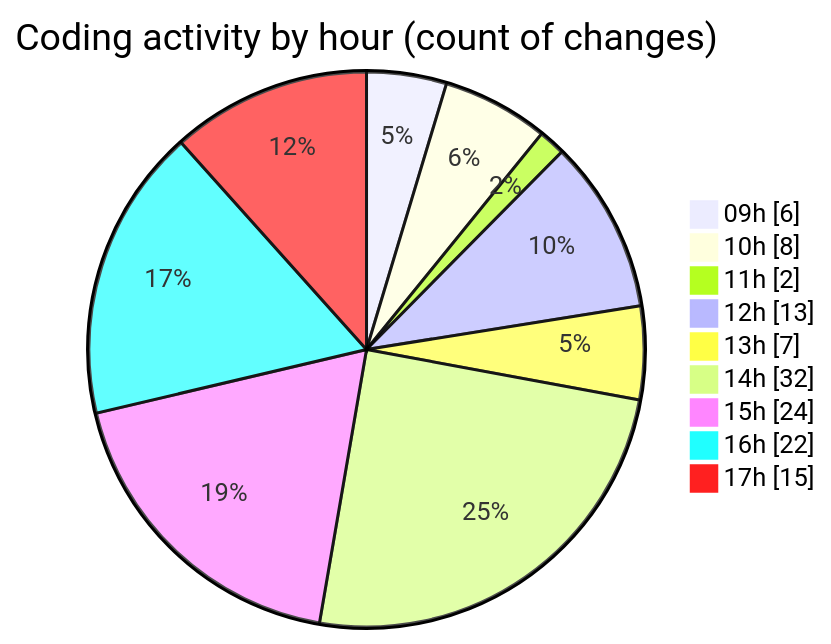
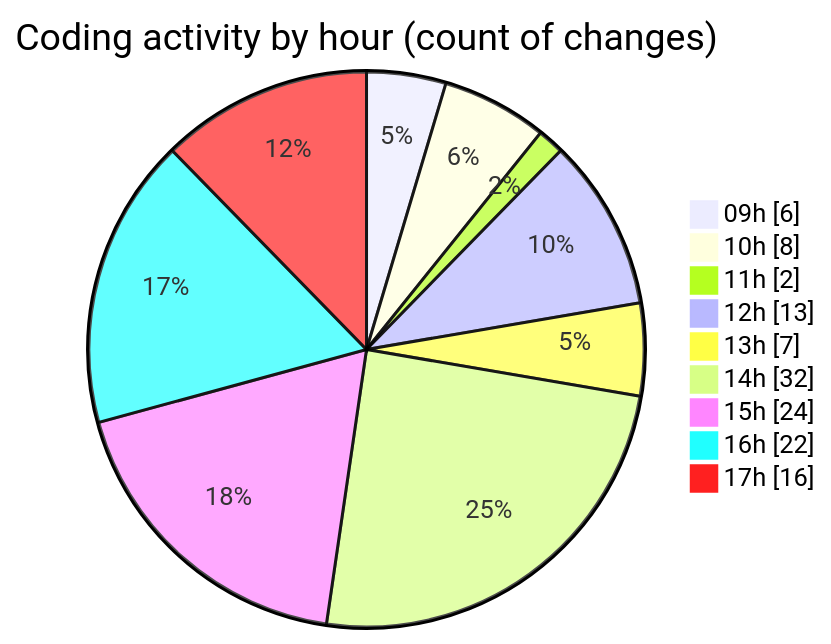
The second of 2 diagrams in 2026-08-13/cda/README.md (momahboobian/code-tracking), drawn with Mermaid before and after one commit. The commit also changed other lines of this file and 1 other file, not shown here.

````diff
--- a/2026-08-13/cda/README.md
+++ b/2026-08-13/cda/README.md
@@ -59,13 +59,13 @@
 ```mermaid
 pie showData
 title Coding activity by hour (count of changes)
 "09h" : 6
 "10h" : 8
 "11h" : 2
 "12h" : 13
 "13h" : 7
 "14h" : 32
 "15h" : 24
 "16h" : 22
-"17h" : 15
+"17h" : 16
 ```
````
